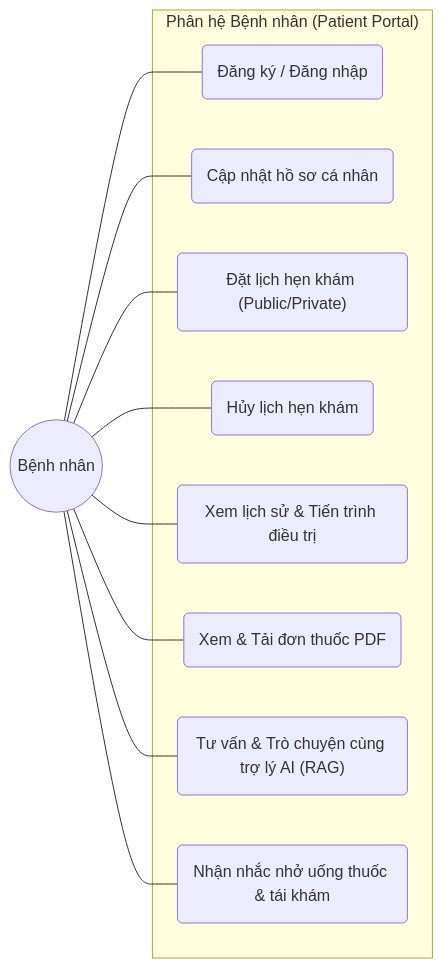
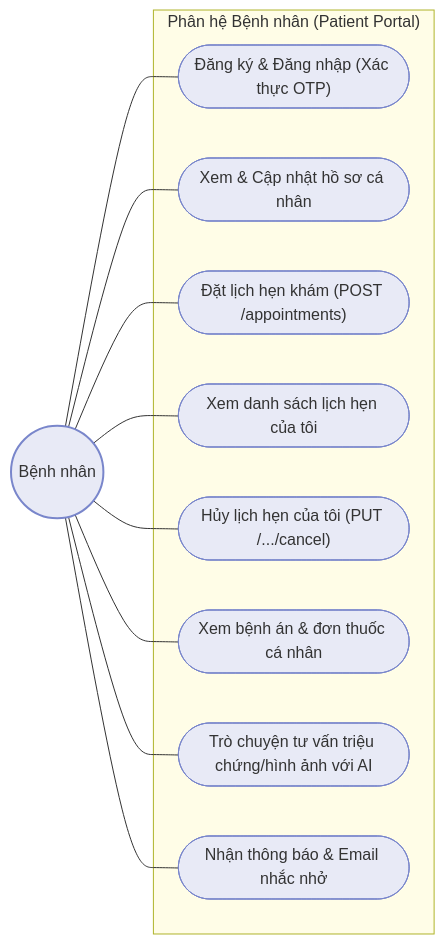
The second of 4 diagrams in docs/srs.md (Anh-iscrying/MediCore_v2), drawn with Mermaid before and after one commit. The commit also changed other lines of this file and 6 other files, not shown here.

````diff
--- a/docs/srs.md
+++ b/docs/srs.md
@@ -276,24 +288,36 @@
 ```mermaid
 graph LR
     Patient((Bệnh nhân))
 
-    subgraph "Phân hệ Bệnh nhân (Patient Portal)"
-        UC_Register("Đăng ký / Đăng nhập")
-        UC_Profile("Cập nhật hồ sơ cá nhân")
-        UC_Book("Đặt lịch hẹn khám (Public/Private)")
-        UC_CancelBook("Hủy lịch hẹn khám")
-        UC_ViewHistory("Xem lịch sử & Tiến trình điều trị")
-        UC_ViewPrescription("Xem & Tải đơn thuốc PDF")
-        UC_AIChat("Tư vấn & Trò chuyện cùng trợ lý AI (RAG)")
-        UC_Reminders("Nhận nhắc nhở uống thuốc & tái khám")
+    subgraph PatientPortal ["Phân hệ Bệnh nhân (Patient Portal)"]
+        UC_Auth(["Đăng ký & Đăng nhập (Xác thực OTP)"])
+        UC_Profile(["Xem & Cập nhật hồ sơ cá nhân"])
+        UC_Book(["Đặt lịch hẹn khám (POST /appointments)"])
+        UC_ViewAppoints(["Xem danh sách lịch hẹn của tôi"])
+        UC_CancelBook(["Hủy lịch hẹn của tôi (PUT /.../cancel)"])
+        UC_ViewHistory(["Xem bệnh án & đơn thuốc cá nhân"])
+        UC_AIChat(["Trò chuyện tư vấn triệu chứng/hình ảnh với AI"])
+        UC_Notification(["Nhận thông báo & Email nhắc nhở"])
     end
 
-    Patient --- UC_Register
+    Patient --- UC_Auth
     Patient --- UC_Profile
     Patient --- UC_Book
+    Patient --- UC_ViewAppoints
     Patient --- UC_CancelBook
     Patient --- UC_ViewHistory
-    Patient --- UC_ViewPrescription
     Patient --- UC_AIChat
-    Patient --- UC_Reminders
+    Patient --- UC_Notification
+
+    %% Style Rules
+    style Patient fill:#e8eaf6,stroke:#7986cb,stroke-width:2px;
+    style UC_Auth fill:#e8eaf6,stroke:#7986cb,stroke-width:1px;
+    style UC_Profile fill:#e8eaf6,stroke:#7986cb,stroke-width:1px;
+    style UC_Book fill:#e8eaf6,stroke:#7986cb,stroke-width:1px;
+    style UC_ViewAppoints fill:#e8eaf6,stroke:#7986cb,stroke-width:1px;
+    style UC_CancelBook fill:#e8eaf6,stroke:#7986cb,stroke-width:1px;
+    style UC_ViewHistory fill:#e8eaf6,stroke:#7986cb,stroke-width:1px;
+    style UC_AIChat fill:#e8eaf6,stroke:#7986cb,stroke-width:1px;
+    style UC_Notification fill:#e8eaf6,stroke:#7986cb,stroke-width:1px;
+    style PatientPortal fill:#fffde7,stroke:#afb42b,stroke-width:1px;
 ```
````
